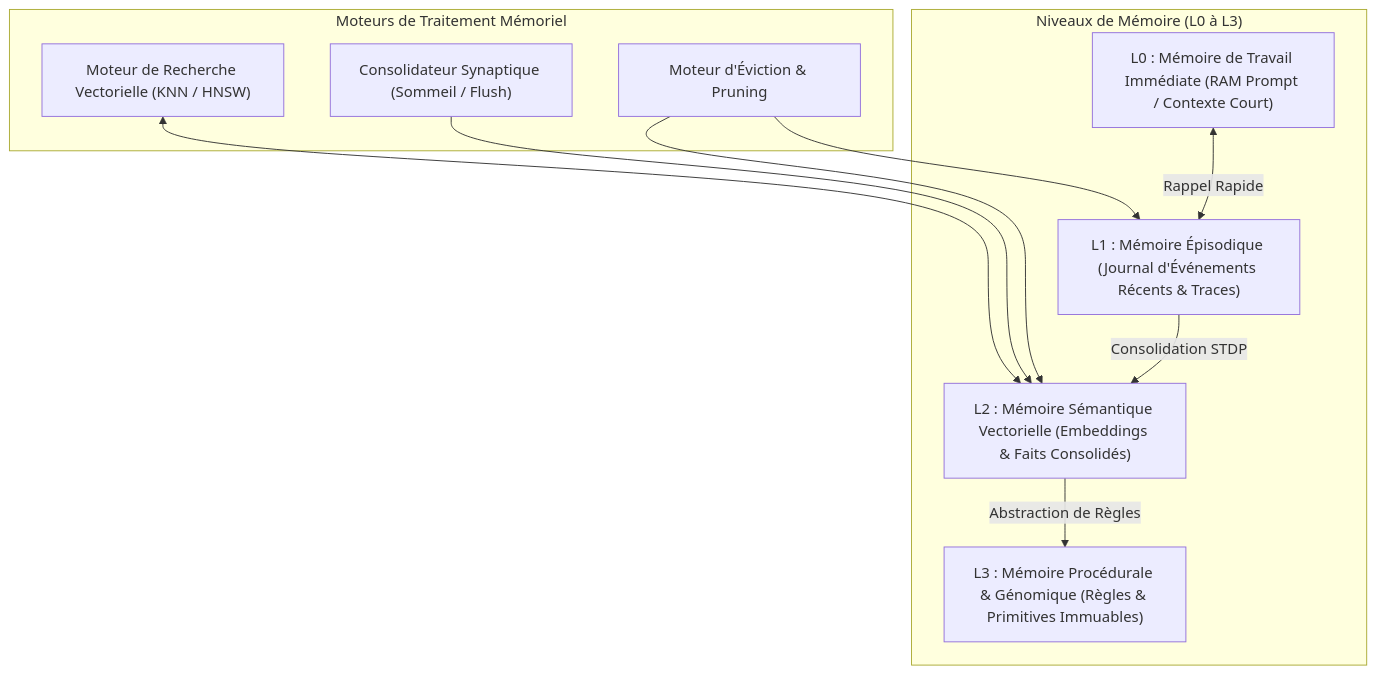
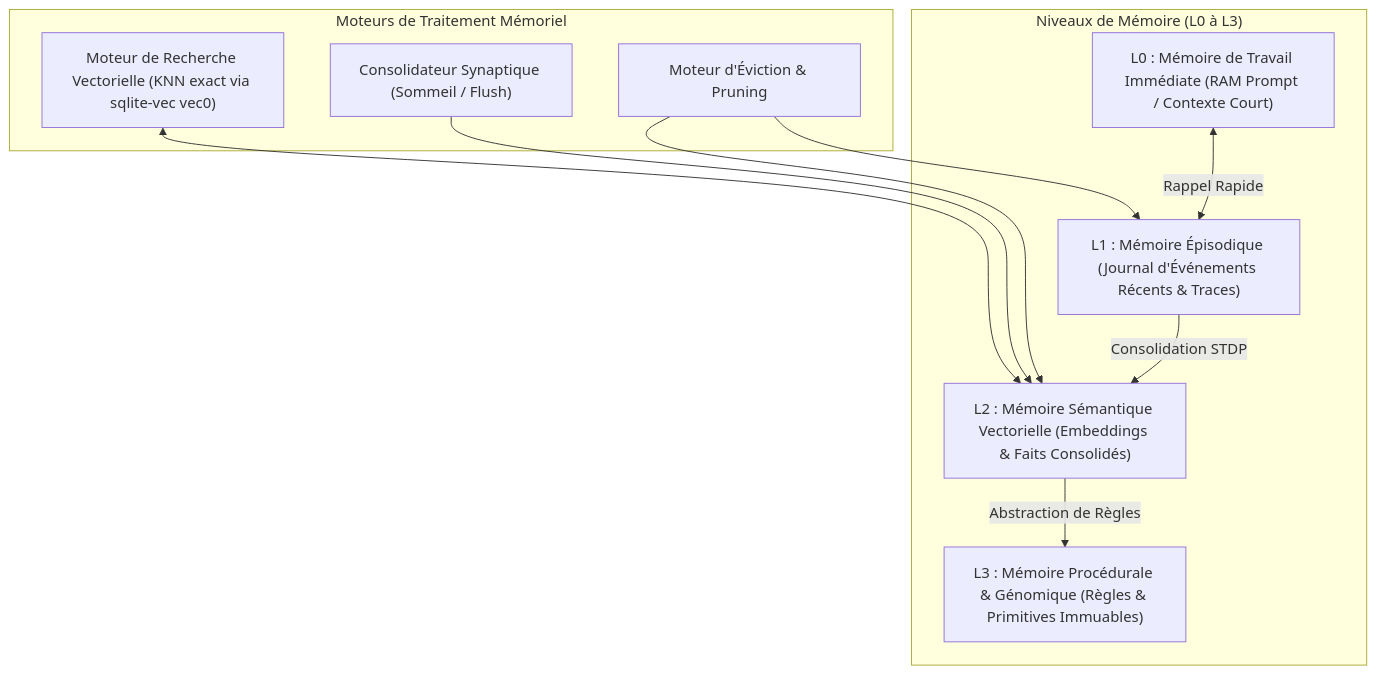
Before and after one commit to PISSARAW/GenOS: the first of 3 diagrams in docs/MEMOIRE_APPRENTISSAGE.md, drawn with Mermaid. The commit also changed other lines of this file and 1 other file, not shown here.

Commit message:
[DOCS] Point 3: Rectification de l observabilite et precision de l indexation vectorielle

````diff
--- a/docs/MEMOIRE_APPRENTISSAGE.md
+++ b/docs/MEMOIRE_APPRENTISSAGE.md
@@ -722,22 +729,22 @@
 ```mermaid
 flowchart TB
     subgraph MemoryTiers["Niveaux de Mémoire (L0 à L3)"]
         L0["L0 : Mémoire de Travail Immédiate (RAM Prompt / Contexte Court)"]
         L1["L1 : Mémoire Épisodique (Journal d'Événements Récents & Traces)"]
         L2["L2 : Mémoire Sémantique Vectorielle (Embeddings & Faits Consolidés)"]
         L3["L3 : Mémoire Procédurale & Génomique (Règles & Primitives Immuables)"]
     end
 
     subgraph Operations["Moteurs de Traitement Mémoriel"]
-        VectorEngine["Moteur de Recherche Vectorielle (KNN / HNSW)"]
+        VectorEngine["Moteur de Recherche Vectorielle (KNN exact via sqlite-vec vec0)"]
         Consolidator["Consolidateur Synaptique (Sommeil / Flush)"]
         EvictionEngine["Moteur d'Éviction & Pruning"]
     end
 
     L0 <-->|Rappel Rapide| L1
     L1 -->|Consolidation STDP| L2
     L2 -->|Abstraction de Règles| L3
     VectorEngine <--> L2
     Consolidator --> L2
     EvictionEngine --> L1 & L2
 ```
````
